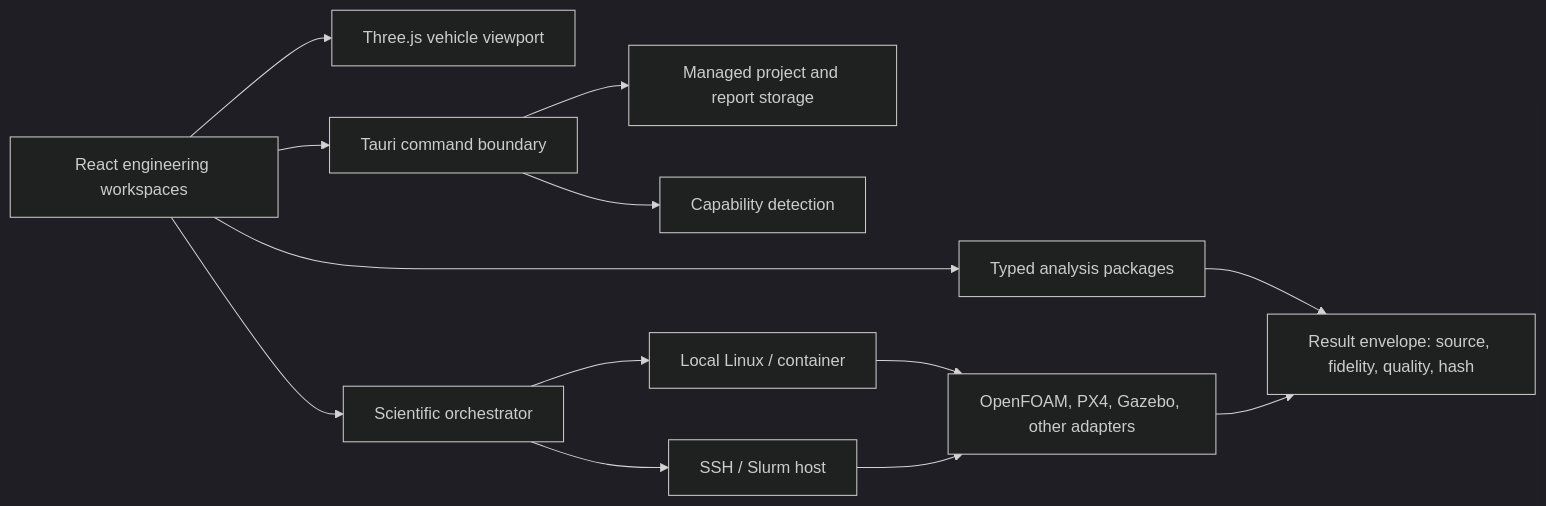
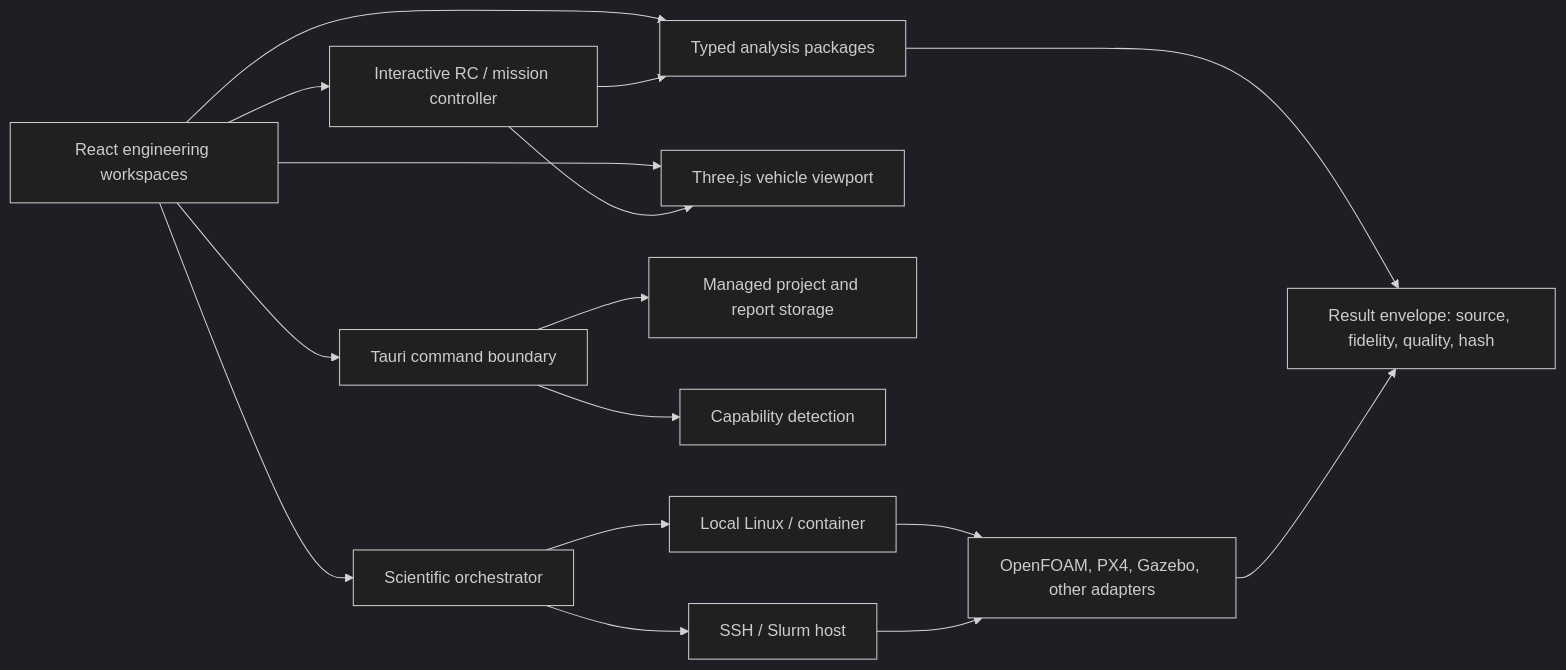
The diagram in ARCHITECTURE.md (sitnug/aerocelforge), drawn with Mermaid (dark theme) before and after one commit. The commit also changed other lines of this file and 15 other files, not shown here.

Commit message:
feat: add interactive drone flight lab

````diff
--- a/ARCHITECTURE.md
+++ b/ARCHITECTURE.md
@@ -7,15 +7,18 @@
 ```mermaid
 flowchart LR
   UI["React engineering workspaces"] --> CORE["Typed analysis packages"]
   UI --> VIEW["Three.js vehicle viewport"]
+  UI --> FLIGHT["Interactive RC / mission controller"]
+  FLIGHT --> CORE
+  FLIGHT --> VIEW
   UI --> NATIVE["Tauri command boundary"]
   CORE --> RESULT["Result envelope: source, fidelity, quality, hash"]
   NATIVE --> STORE["Managed project and report storage"]
   NATIVE --> CAP["Capability detection"]
   UI --> ORCH["Scientific orchestrator"]
   ORCH --> LOCAL["Local Linux / container"]
   ORCH --> REMOTE["SSH / Slurm host"]
   LOCAL --> SOLVERS["OpenFOAM, PX4, Gazebo, other adapters"]
   REMOTE --> SOLVERS
   SOLVERS --> RESULT
 ```
````
